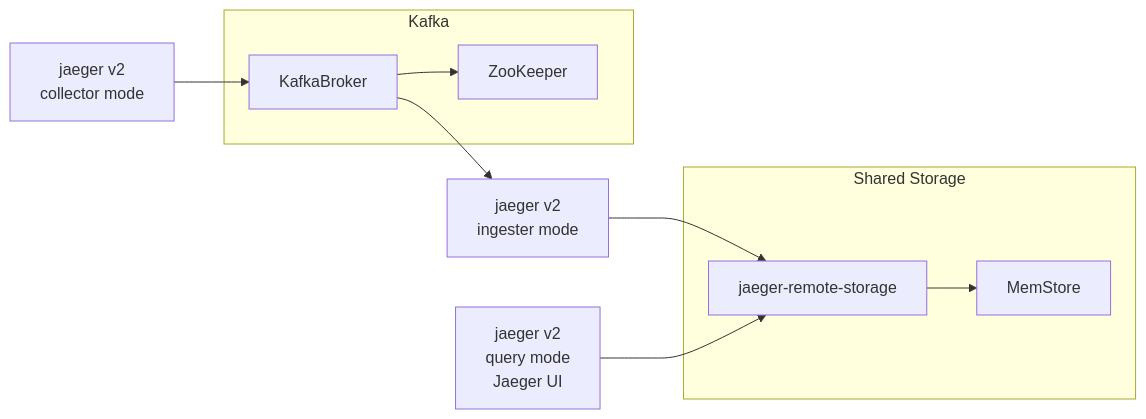
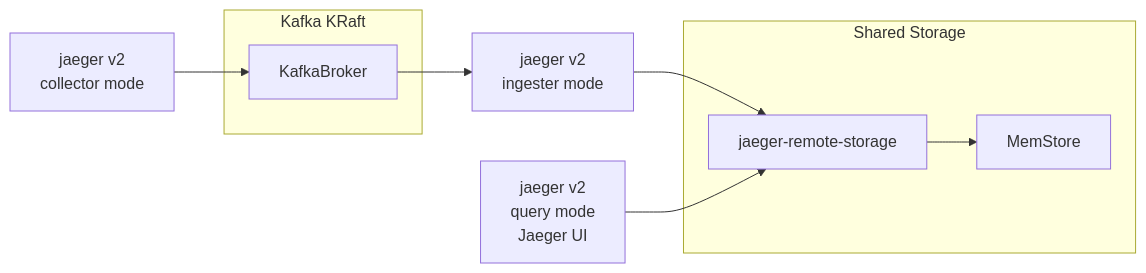
The diagram in docker-compose/kafka/README.md (jaegertracing/jaeger), drawn with Mermaid before and after one commit. The commit also changed other lines of this file and 6 other files, not shown here.

````diff
--- a/docker-compose/kafka/README.md
+++ b/docker-compose/kafka/README.md
@@ -7,17 +9,15 @@
 ```mermaid
 graph LR
     C[jaeger v2<br>collector mode] --> KafkaBroker
     KafkaBroker --> I[jaeger v2<br>ingester mode]
     I --> S[jaeger-remote-storage]
     UI[jaeger v2<br>query mode<br>Jaeger UI] --> S
     S --> MemStore
-    KafkaBroker --> ZooKeeper
-    subgraph Kafka
+    subgraph Kafka KRaft
         KafkaBroker
-        ZooKeeper
     end
     subgraph Shared Storage
         S
         MemStore
     end
 ```
````
